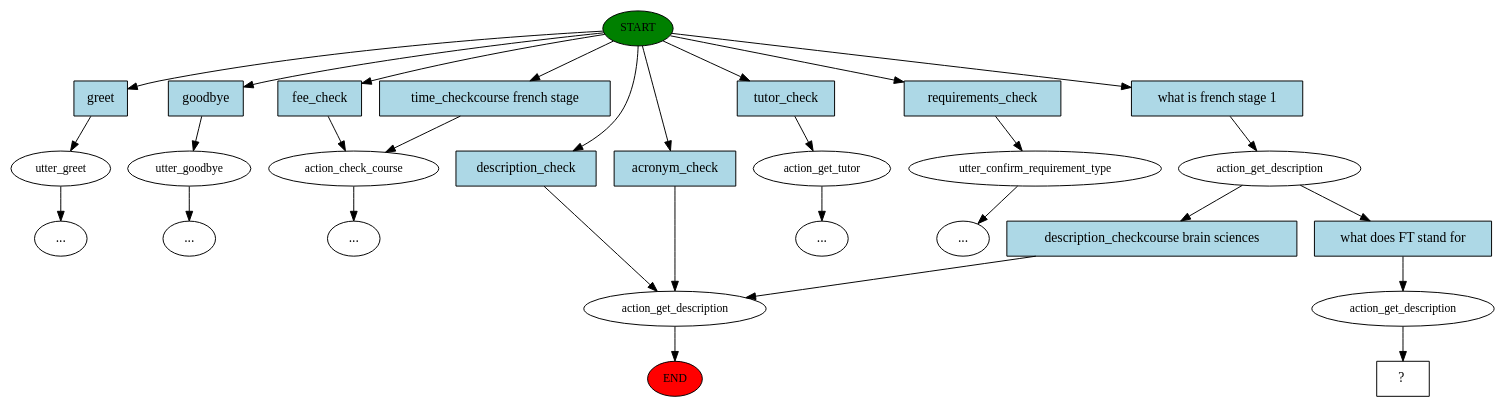
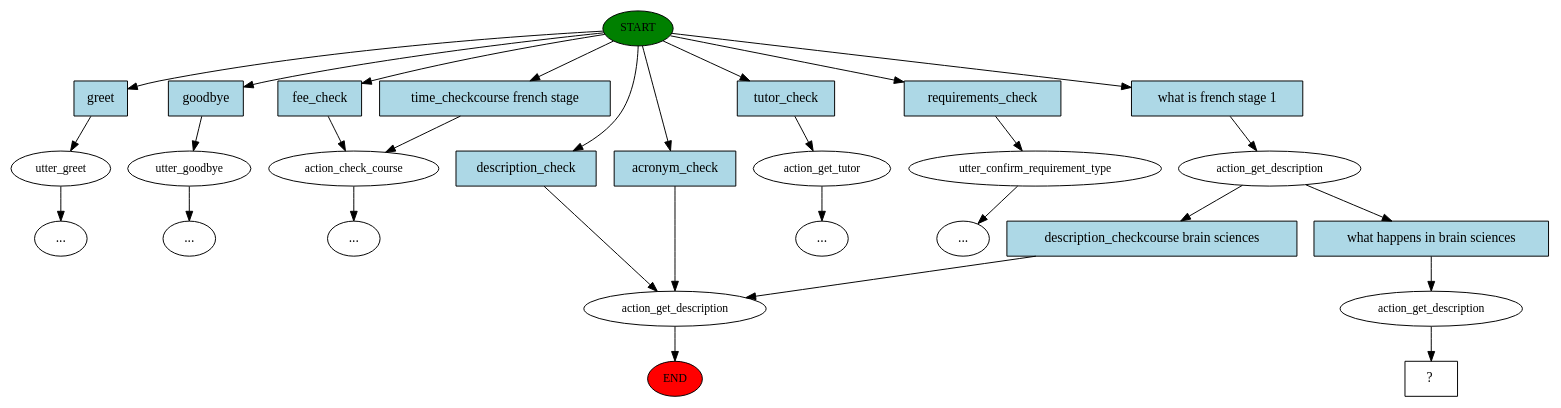
Before and after one commit to leonore/ugenie: the diagram in chat-service/model/story_graph.dot, drawn with Graphviz. The commit also changed 3 other files, not shown here.

```diff
--- a/chat-service/model/story_graph.dot
+++ b/chat-service/model/story_graph.dot
@@ -1,58 +1,58 @@
 digraph  {
 0 [class="start active", fillcolor=green, fontsize=12, label=START, style=filled];
 "-1" [class=end, fillcolor=red, fontsize=12, label=END, style=filled];
 1 [class="", fontsize=12, label=utter_greet];
 "-3" [class=ellipsis, label="..."];
 2 [class="", fontsize=12, label=utter_goodbye];
 "-4" [class=ellipsis, label="..."];
 3 [class="", fontsize=12, label=action_check_course];
 7 [class="", fontsize=12, label=action_get_description];
 9 [class="", fontsize=12, label=action_get_tutor];
 "-9" [class=ellipsis, label="..."];
 10 [class="", fontsize=12, label=utter_confirm_requirement_type];
 "-10" [class=ellipsis, label="..."];
 "-12" [class=ellipsis, label="..."];
 13 [class=active, fontsize=12, label=action_get_description];
 16 [class=active, fontsize=12, label=action_get_description];
 17 [class="intent dashed active", label="  ?  ", shape=rect];
 18 [class=intent, fillcolor=lightblue, label=greet, shape=rect, style=filled];
 19 [class=intent, fillcolor=lightblue, label=goodbye, shape=rect, style=filled];
 20 [class=intent, fillcolor=lightblue, label=fee_check, shape=rect, style=filled];
 21 [class=intent, fillcolor=lightblue, label="time_checkcourse french stage", shape=rect, style=filled];
 22 [class=intent, fillcolor=lightblue, label=description_check, shape=rect, style=filled];
 23 [class=intent, fillcolor=lightblue, label=acronym_check, shape=rect, style=filled];
 24 [class=intent, fillcolor=lightblue, label=tutor_check, shape=rect, style=filled];
 25 [class=intent, fillcolor=lightblue, label=requirements_check, shape=rect, style=filled];
 26 [class="intent active", fillcolor=lightblue, label="what is french stage 1", shape=rect, style=filled];
 27 [class=intent, fillcolor=lightblue, label="description_checkcourse brain sciences", shape=rect, style=filled];
-28 [class="intent active", fillcolor=lightblue, label="what does FT stand for", shape=rect, style=filled];
+28 [class="intent active", fillcolor=lightblue, label="what happens in brain sciences", shape=rect, style=filled];
 0 -> 18  [class="", key=0];
 0 -> 19  [class="", key=0];
 0 -> 20  [class="", key=0];
 0 -> 21  [class="", key=0];
 0 -> 22  [class="", key=0];
 0 -> 23  [class="", key=0];
 0 -> 24  [class="", key=0];
 0 -> 25  [class="", key=0];
 0 -> 26  [class=active, key=0];
 1 -> "-3"  [class="", key=NONE, label=""];
 2 -> "-4"  [class="", key=NONE, label=""];
 3 -> "-12"  [class="", key=NONE, label=""];
 7 -> "-1"  [class="", key=NONE, label=""];
 9 -> "-9"  [class="", key=NONE, label=""];
 10 -> "-10"  [class="", key=NONE, label=""];
 13 -> 27  [class="", key=0];
 13 -> 28  [class=active, key=0];
 16 -> 17  [class=active, key=NONE, label=""];
 18 -> 1  [class="", key=0];
 19 -> 2  [class="", key=0];
 20 -> 3  [class="", key=0];
 21 -> 3  [class="", key=0];
 22 -> 7  [class="", key=0];
 23 -> 7  [class="", key=0];
 24 -> 9  [class="", key=0];
 25 -> 10  [class="", key=0];
 26 -> 13  [class=active, key=0];
 27 -> 7  [class="", key=0];
 28 -> 16  [class=active, key=0];
 }
```
